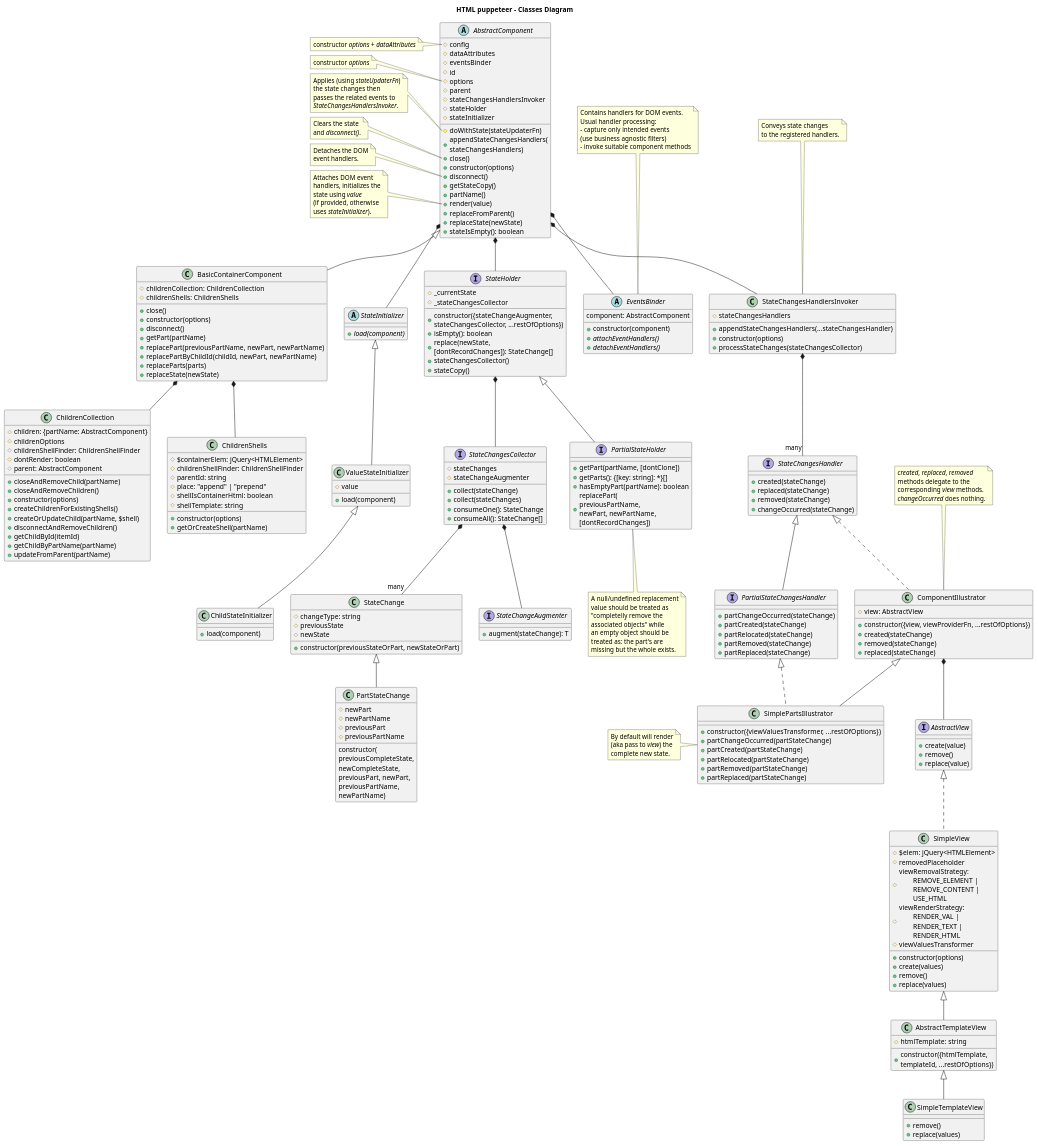
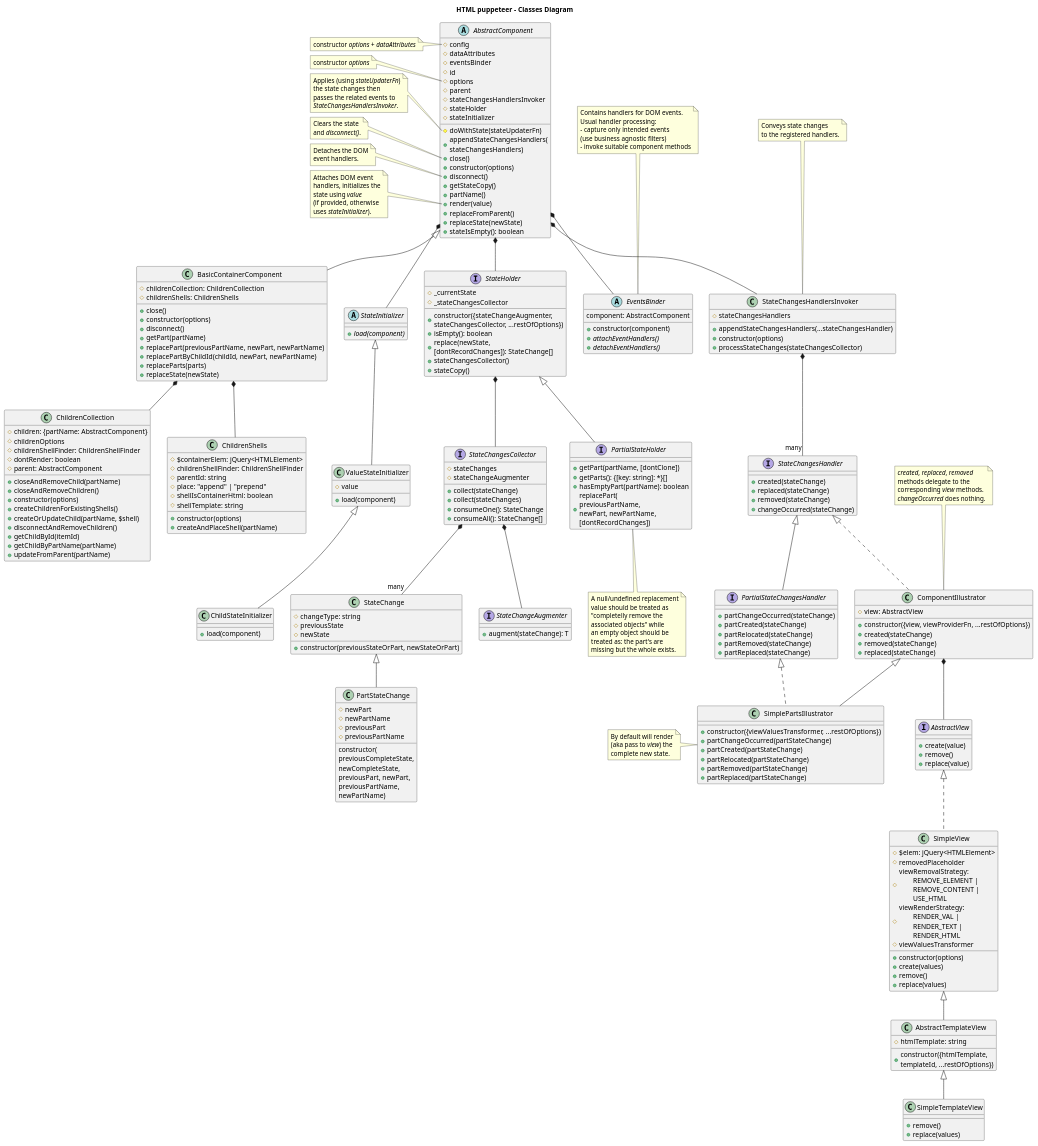
Before and after one commit to adrhc/html-puppeteer: the diagram in design/classes-diagram.puml, drawn with PlantUML. The commit also changed 3 other files, not shown here.

Commit message:
ShellsManager: created createAndPlaceShell() out of getOrCreateShell()

```diff
--- a/design/classes-diagram.puml
+++ b/design/classes-diagram.puml
@@ -66,7 +66,7 @@
 #shellIsContainerHtml: boolean
 #shellTemplate: string
 +constructor(options)
-+getOrCreateShell(partName)
++createAndPlaceShell(partName)
 }
 
 class ChildrenCollection {
```
